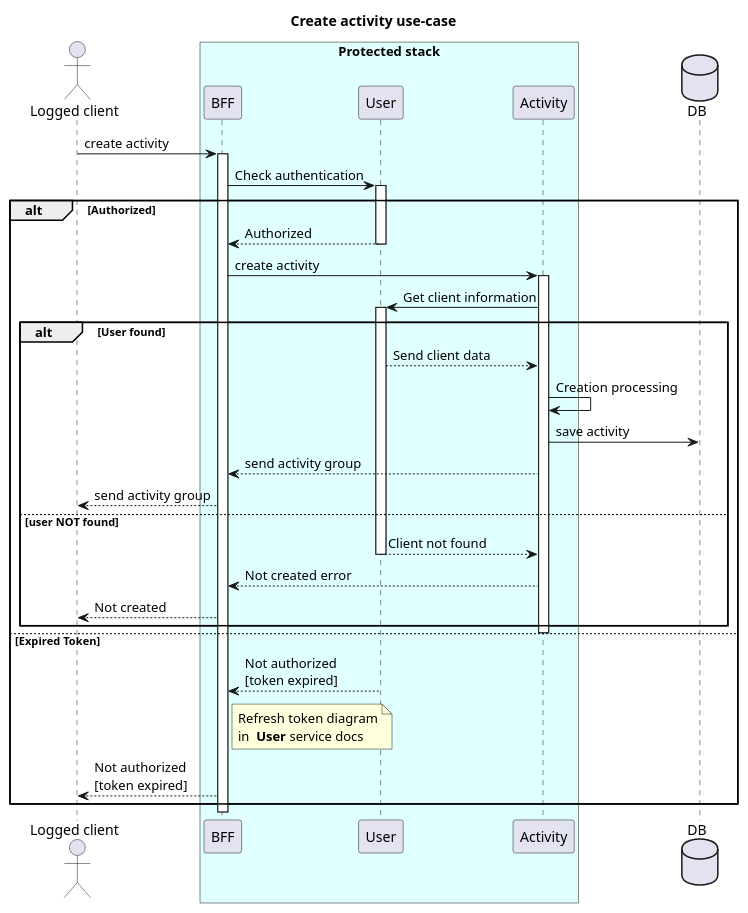
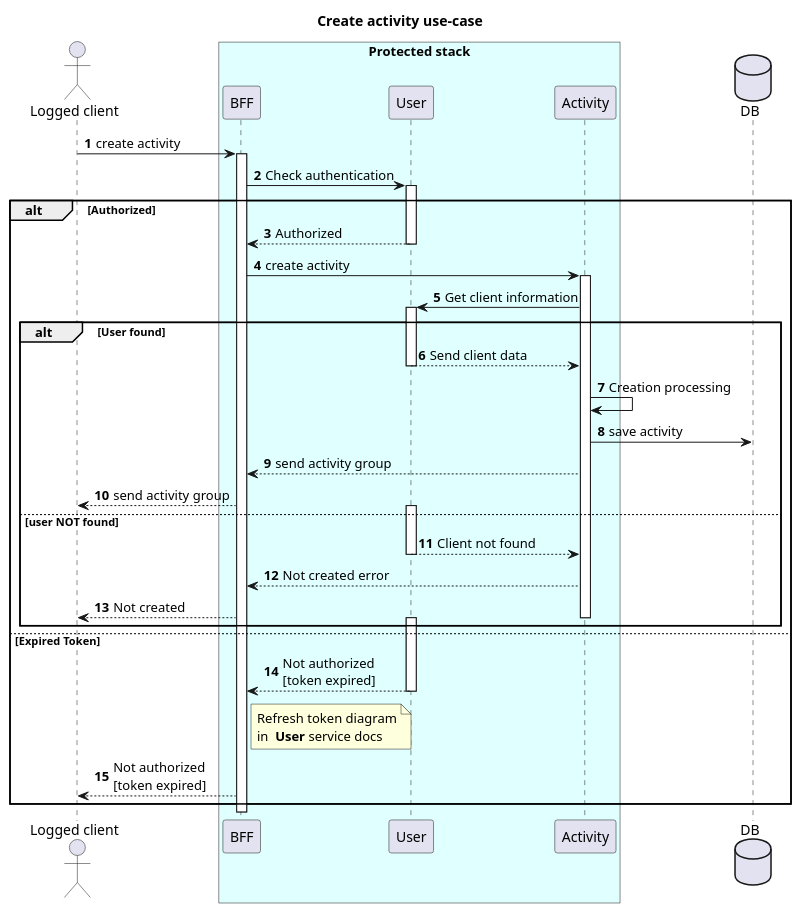
One commit to orion-services/Activity changed the diagram in docs/sequence/create-acrtivity.wsd. Above: the diagram before and after it, drawn with PlantUML.

Commit message:
#1 Adjust some activation point in diagram and add autonumeration

```diff
--- a/docs/sequence/create-acrtivity.wsd
+++ b/docs/sequence/create-acrtivity.wsd
@@ -1,47 +1,52 @@
 @startuml
+  autonumber
   title "Create activity use-case"
 
   actor "Logged client" as client
   box "Protected stack" #LightCyan
   participant BFF
   participant User
   participant Activity
   end box
   database DB
 
 
   client -> BFF: create activity
   activate BFF
   BFF -> User: Check authentication
   activate User
 
   alt Authorized
     BFF <-- User: Authorized
     deactivate User
     BFF -> Activity: create activity
     activate Activity
     Activity -> User: Get client information
 
     alt User found
       activate User
       Activity <-- User: Send client data
+      deactivate User
       Activity -> Activity: Creation processing
       Activity -> DB: save activity
       BFF <-- Activity: send activity group
       client <-- BFF: send activity group
+      activate User
     else user **NOT** found
       Activity <-- User: Client not found
       deactivate User
       BFF <-- Activity: Not created error
       client <-- BFF: Not created
+      deactivate Activity
+      activate User
     end
-      deactivate Activity
   else Expired Token
     BFF <-- User: Not authorized \n[token expired]
+    deactivate User
     note right of BFF
       Refresh token diagram
       in  **User** service docs
     end note
     client <-- BFF: Not authorized \n[token expired]   
   end
 @enduml
```
